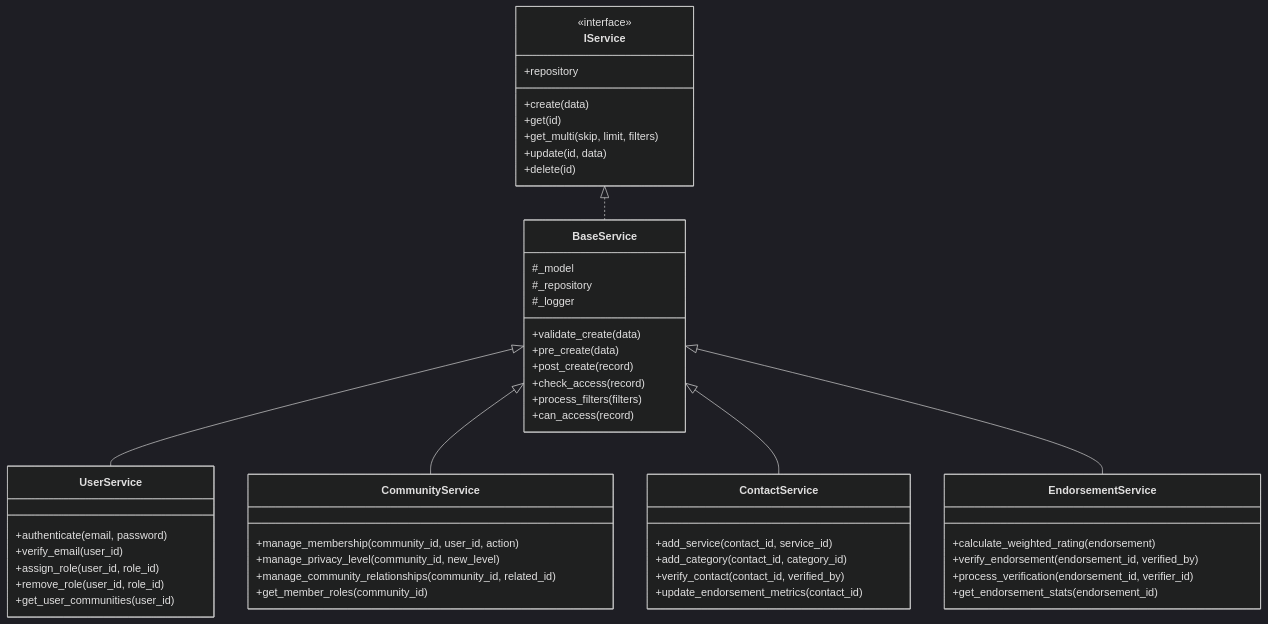
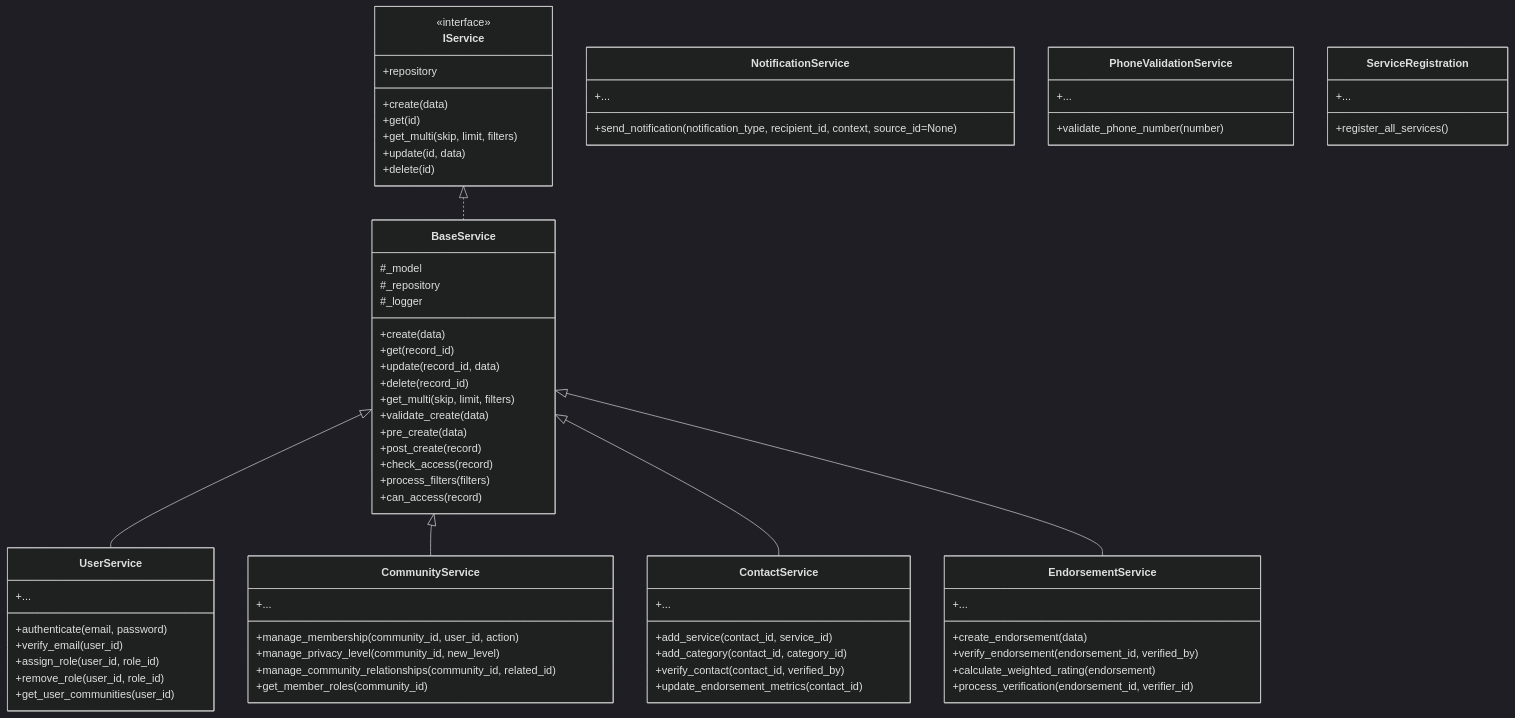
One commit to 47products/Neighbour-Approved changed the first of 2 diagrams in docs/service-layer-spec.md. Above: the diagram before and after it, drawn with Mermaid (dark theme). The commit also changed other lines of this file and 2 other files, not shown here.

Commit message:
NEI-33: Updates to Service Layer documentation

```diff
--- a/docs/service-layer-spec.md
+++ b/docs/service-layer-spec.md
@@ -27,11 +102,16 @@
         +update(id, data)
         +delete(id)
     }
-    
+
     class BaseService {
         #_model
         #_repository
         #_logger
+        +create(data)
+        +get(record_id)
+        +update(record_id, data)
+        +delete(record_id)
+        +get_multi(skip, limit, filters)
         +validate_create(data)
         +pre_create(data)
         +post_create(record)
@@ -39,36 +119,55 @@
         +process_filters(filters)
         +can_access(record)
     }
-    
+
     class UserService {
         +authenticate(email, password)
         +verify_email(user_id)
         +assign_role(user_id, role_id)
         +remove_role(user_id, role_id)
         +get_user_communities(user_id)
+        +...
     }
-    
+
     class CommunityService {
         +manage_membership(community_id, user_id, action)
         +manage_privacy_level(community_id, new_level)
         +manage_community_relationships(community_id, related_id)
         +get_member_roles(community_id)
+        +...
     }
-    
+
     class ContactService {
         +add_service(contact_id, service_id)
         +add_category(contact_id, category_id)
         +verify_contact(contact_id, verified_by)
         +update_endorsement_metrics(contact_id)
+        +...
     }
-    
+
     class EndorsementService {
+        +create_endorsement(data)
+        +verify_endorsement(endorsement_id, verified_by)
         +calculate_weighted_rating(endorsement)
-        +verify_endorsement(endorsement_id, verified_by)
         +process_verification(endorsement_id, verifier_id)
-        +get_endorsement_stats(endorsement_id)
+        +...
     }
-    
+
+    class NotificationService {
+        +send_notification(notification_type, recipient_id, context, source_id=None)
+        +...
+    }
+
+    class PhoneValidationService {
+        +validate_phone_number(number)
+        +...
+    }
+
+    class ServiceRegistration {
+        +register_all_services()
+        +...
+    }
+
     IService <|.. BaseService
     BaseService <|-- UserService
     BaseService <|-- CommunityService
```
